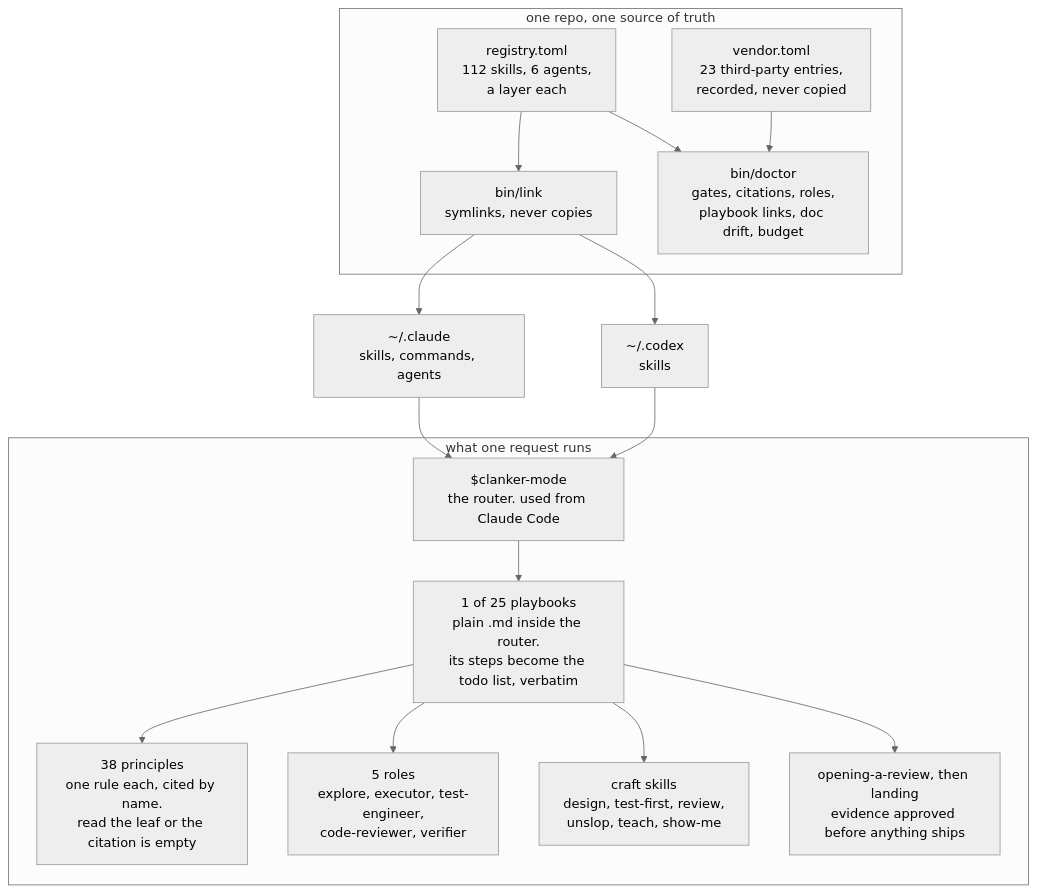
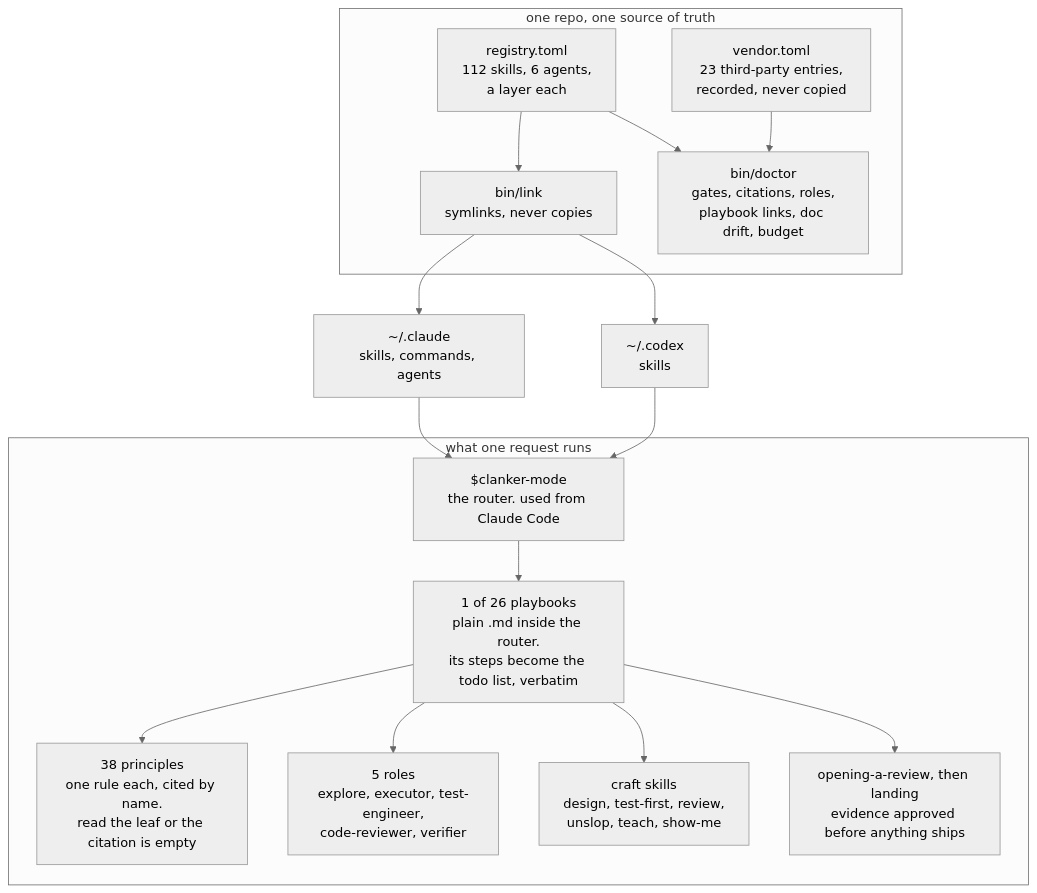
Before and after one commit to daryl-tg/deez-skills: the diagram in README.md, drawn with Mermaid (neutral theme). The commit also changed other lines of this file and 5 other files, not shown here.

````diff
--- a/README.md
+++ b/README.md
@@ -11,34 +11,34 @@
 ```mermaid
 flowchart TB
   subgraph hub["one repo, one source of truth"]
     reg["registry.toml<br/>112 skills, 6 agents,<br/>a layer each"]
     ven["vendor.toml<br/>23 third-party entries,<br/>recorded, never copied"]
     lnk["bin/link<br/>symlinks, never copies"]
     doc["bin/doctor<br/>gates, citations, roles,<br/>playbook links, doc drift, budget"]
     reg --> lnk
     reg --> doc
     ven --> doc
   end
 
   cc["~/.claude<br/>skills, commands, agents"]
   cx["~/.codex<br/>skills"]
 
   subgraph work["what one request runs"]
     router["$clanker-mode<br/>the router. used from Claude Code"]
-    pb["1 of 25 playbooks<br/>plain .md inside the router.<br/>its steps become the todo list, verbatim"]
+    pb["1 of 26 playbooks<br/>plain .md inside the router.<br/>its steps become the todo list, verbatim"]
     prin["38 principles<br/>one rule each, cited by name.<br/>read the leaf or the citation is empty"]
     role["5 roles<br/>explore, executor, test-engineer,<br/>code-reviewer, verifier"]
     craft["craft skills<br/>design, test-first, review,<br/>unslop, teach, show-me"]
     ship["opening-a-review, then landing<br/>evidence approved before anything ships"]
     router --> pb
     pb --> prin
     pb --> role
     pb --> craft
     pb --> ship
   end
 
   lnk --> cc
   lnk --> cx
   cc --> router
   cx --> router
 ```
````
